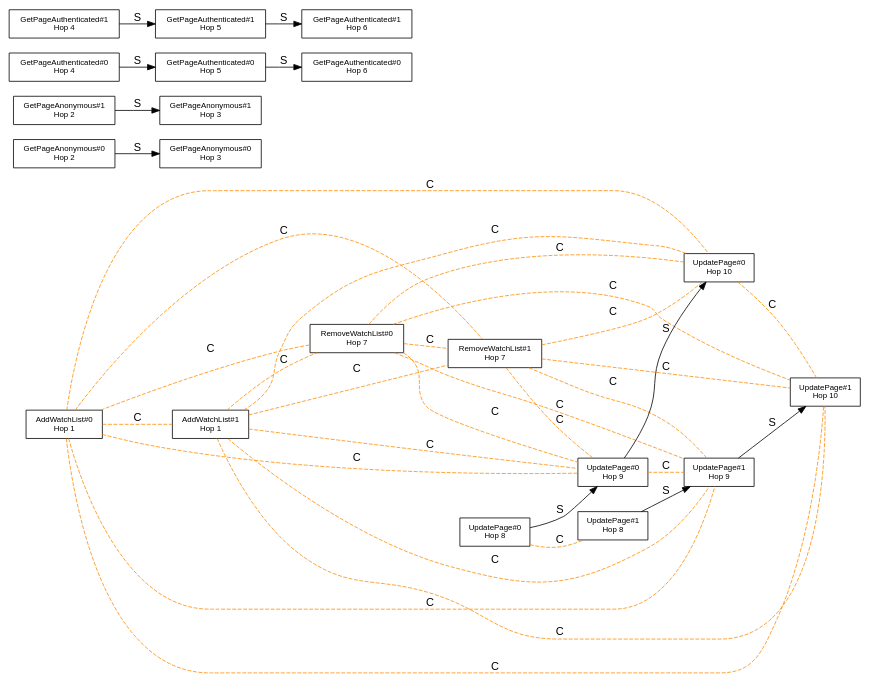
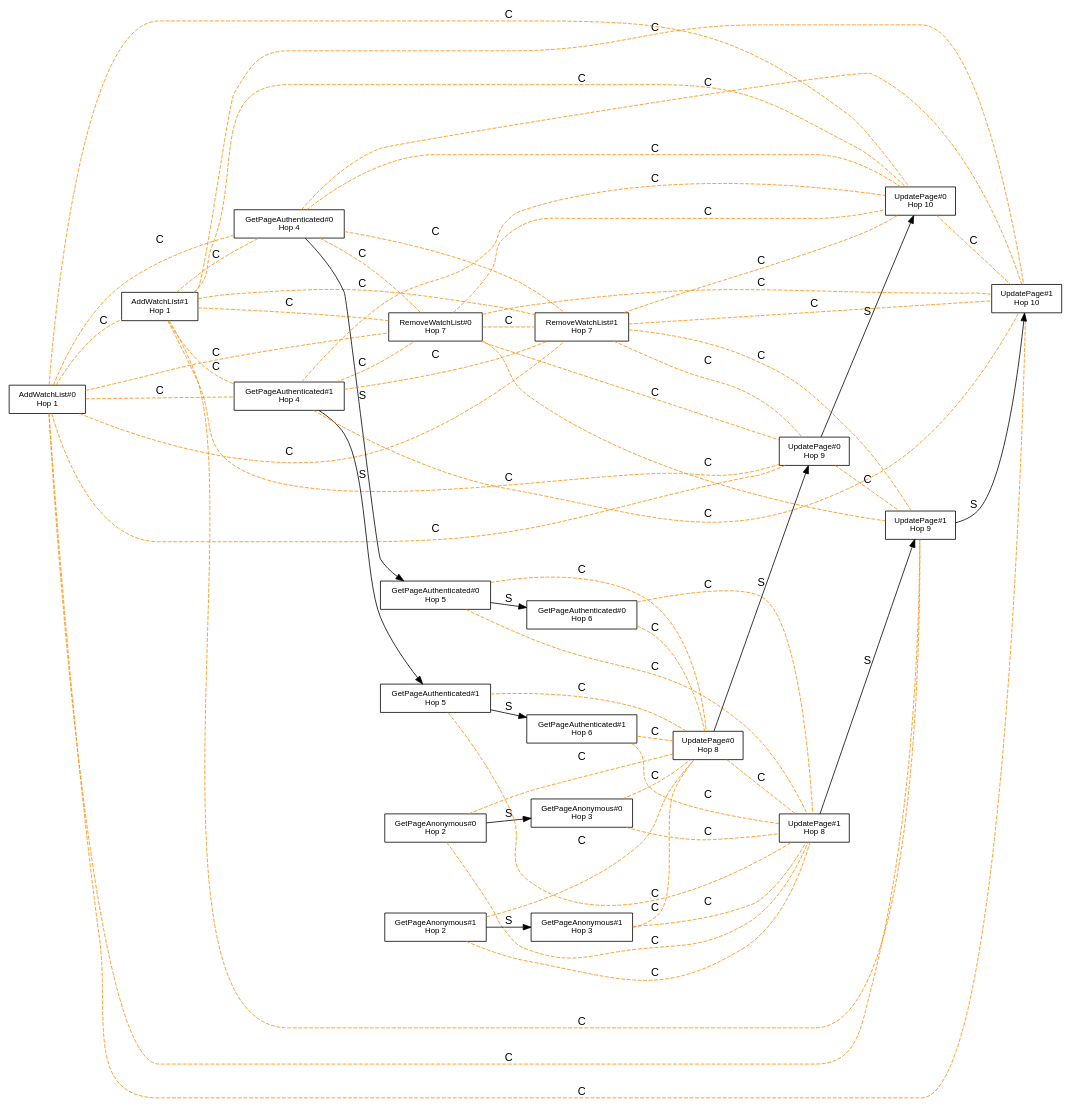
The diagram in results/wikipedia/sc_graph.dot (gsoosk/benchbase-transact), drawn with Graphviz before and after one commit. The commit also changed 1502 other files, not shown here.

```diff
--- a/results/wikipedia/sc_graph.dot
+++ b/results/wikipedia/sc_graph.dot
@@ -1,60 +1,88 @@
 digraph SCGraph {
   graph [rankdir=LR];
   node  [shape=record, fontsize=10, fontname=Helvetica];
   edge  [fontname=Helvetica];
   f16_i0_h1 [label="AddWatchList#0\nHop 1\n"];
   f16_i1_h1 [label="AddWatchList#1\nHop 1\n"];
   f17_i0_h2 [label="GetPageAnonymous#0\nHop 2\n"];
   f17_i0_h3 [label="GetPageAnonymous#0\nHop 3\n"];
   f17_i1_h2 [label="GetPageAnonymous#1\nHop 2\n"];
   f17_i1_h3 [label="GetPageAnonymous#1\nHop 3\n"];
   f18_i0_h4 [label="GetPageAuthenticated#0\nHop 4\n"];
   f18_i0_h5 [label="GetPageAuthenticated#0\nHop 5\n"];
   f18_i0_h6 [label="GetPageAuthenticated#0\nHop 6\n"];
   f18_i1_h4 [label="GetPageAuthenticated#1\nHop 4\n"];
   f18_i1_h5 [label="GetPageAuthenticated#1\nHop 5\n"];
   f18_i1_h6 [label="GetPageAuthenticated#1\nHop 6\n"];
   f19_i0_h7 [label="RemoveWatchList#0\nHop 7\n"];
   f19_i1_h7 [label="RemoveWatchList#1\nHop 7\n"];
   f20_i0_h8 [label="UpdatePage#0\nHop 8\n"];
   f20_i0_h9 [label="UpdatePage#0\nHop 9\n"];
   f20_i0_h10 [label="UpdatePage#0\nHop 10\n"];
   f20_i1_h8 [label="UpdatePage#1\nHop 8\n"];
   f20_i1_h9 [label="UpdatePage#1\nHop 9\n"];
   f20_i1_h10 [label="UpdatePage#1\nHop 10\n"];
   f17_i0_h2 -> f17_i0_h3 [color=black, label="S"];
   f17_i1_h2 -> f17_i1_h3 [color=black, label="S"];
   f18_i0_h4 -> f18_i0_h5 [color=black, label="S"];
   f18_i0_h5 -> f18_i0_h6 [color=black, label="S"];
   f18_i1_h4 -> f18_i1_h5 [color=black, label="S"];
   f18_i1_h5 -> f18_i1_h6 [color=black, label="S"];
   f20_i0_h8 -> f20_i0_h9 [color=black, label="S"];
   f20_i0_h9 -> f20_i0_h10 [color=black, label="S"];
   f20_i1_h8 -> f20_i1_h9 [color=black, label="S"];
   f20_i1_h9 -> f20_i1_h10 [color=black, label="S"];
   f16_i0_h1 -> f16_i1_h1 [dir=none, style=dashed, color=darkorange, label="C"];
+  f16_i0_h1 -> f18_i0_h4 [dir=none, style=dashed, color=darkorange, label="C"];
+  f16_i0_h1 -> f18_i1_h4 [dir=none, style=dashed, color=darkorange, label="C"];
   f16_i0_h1 -> f19_i0_h7 [dir=none, style=dashed, color=darkorange, label="C"];
   f16_i0_h1 -> f19_i1_h7 [dir=none, style=dashed, color=darkorange, label="C"];
   f16_i0_h1 -> f20_i0_h9 [dir=none, style=dashed, color=darkorange, label="C"];
   f16_i0_h1 -> f20_i0_h10 [dir=none, style=dashed, color=darkorange, label="C"];
   f16_i0_h1 -> f20_i1_h9 [dir=none, style=dashed, color=darkorange, label="C"];
   f16_i0_h1 -> f20_i1_h10 [dir=none, style=dashed, color=darkorange, label="C"];
+  f16_i1_h1 -> f18_i0_h4 [dir=none, style=dashed, color=darkorange, label="C"];
+  f16_i1_h1 -> f18_i1_h4 [dir=none, style=dashed, color=darkorange, label="C"];
   f16_i1_h1 -> f19_i0_h7 [dir=none, style=dashed, color=darkorange, label="C"];
   f16_i1_h1 -> f19_i1_h7 [dir=none, style=dashed, color=darkorange, label="C"];
   f16_i1_h1 -> f20_i0_h9 [dir=none, style=dashed, color=darkorange, label="C"];
   f16_i1_h1 -> f20_i0_h10 [dir=none, style=dashed, color=darkorange, label="C"];
   f16_i1_h1 -> f20_i1_h9 [dir=none, style=dashed, color=darkorange, label="C"];
   f16_i1_h1 -> f20_i1_h10 [dir=none, style=dashed, color=darkorange, label="C"];
+  f17_i0_h2 -> f20_i0_h8 [dir=none, style=dashed, color=darkorange, label="C"];
+  f17_i0_h2 -> f20_i1_h8 [dir=none, style=dashed, color=darkorange, label="C"];
+  f17_i0_h3 -> f20_i0_h8 [dir=none, style=dashed, color=darkorange, label="C"];
+  f17_i0_h3 -> f20_i1_h8 [dir=none, style=dashed, color=darkorange, label="C"];
+  f17_i1_h2 -> f20_i0_h8 [dir=none, style=dashed, color=darkorange, label="C"];
+  f17_i1_h2 -> f20_i1_h8 [dir=none, style=dashed, color=darkorange, label="C"];
+  f17_i1_h3 -> f20_i0_h8 [dir=none, style=dashed, color=darkorange, label="C"];
+  f17_i1_h3 -> f20_i1_h8 [dir=none, style=dashed, color=darkorange, label="C"];
+  f18_i0_h4 -> f19_i0_h7 [dir=none, style=dashed, color=darkorange, label="C"];
+  f18_i0_h4 -> f19_i1_h7 [dir=none, style=dashed, color=darkorange, label="C"];
+  f18_i0_h4 -> f20_i0_h10 [dir=none, style=dashed, color=darkorange, label="C"];
+  f18_i0_h4 -> f20_i1_h10 [dir=none, style=dashed, color=darkorange, label="C"];
+  f18_i0_h5 -> f20_i0_h8 [dir=none, style=dashed, color=darkorange, label="C"];
+  f18_i0_h5 -> f20_i1_h8 [dir=none, style=dashed, color=darkorange, label="C"];
+  f18_i0_h6 -> f20_i0_h8 [dir=none, style=dashed, color=darkorange, label="C"];
+  f18_i0_h6 -> f20_i1_h8 [dir=none, style=dashed, color=darkorange, label="C"];
+  f18_i1_h4 -> f19_i0_h7 [dir=none, style=dashed, color=darkorange, label="C"];
+  f18_i1_h4 -> f19_i1_h7 [dir=none, style=dashed, color=darkorange, label="C"];
+  f18_i1_h4 -> f20_i0_h10 [dir=none, style=dashed, color=darkorange, label="C"];
+  f18_i1_h4 -> f20_i1_h10 [dir=none, style=dashed, color=darkorange, label="C"];
+  f18_i1_h5 -> f20_i0_h8 [dir=none, style=dashed, color=darkorange, label="C"];
+  f18_i1_h5 -> f20_i1_h8 [dir=none, style=dashed, color=darkorange, label="C"];
+  f18_i1_h6 -> f20_i0_h8 [dir=none, style=dashed, color=darkorange, label="C"];
+  f18_i1_h6 -> f20_i1_h8 [dir=none, style=dashed, color=darkorange, label="C"];
   f19_i0_h7 -> f19_i1_h7 [dir=none, style=dashed, color=darkorange, label="C"];
   f19_i0_h7 -> f20_i0_h9 [dir=none, style=dashed, color=darkorange, label="C"];
   f19_i0_h7 -> f20_i0_h10 [dir=none, style=dashed, color=darkorange, label="C"];
   f19_i0_h7 -> f20_i1_h9 [dir=none, style=dashed, color=darkorange, label="C"];
   f19_i0_h7 -> f20_i1_h10 [dir=none, style=dashed, color=darkorange, label="C"];
   f19_i1_h7 -> f20_i0_h9 [dir=none, style=dashed, color=darkorange, label="C"];
   f19_i1_h7 -> f20_i0_h10 [dir=none, style=dashed, color=darkorange, label="C"];
   f19_i1_h7 -> f20_i1_h9 [dir=none, style=dashed, color=darkorange, label="C"];
   f19_i1_h7 -> f20_i1_h10 [dir=none, style=dashed, color=darkorange, label="C"];
   f20_i0_h8 -> f20_i1_h8 [dir=none, style=dashed, color=darkorange, label="C"];
   f20_i0_h9 -> f20_i1_h9 [dir=none, style=dashed, color=darkorange, label="C"];
   f20_i0_h10 -> f20_i1_h10 [dir=none, style=dashed, color=darkorange, label="C"];
 }
```
